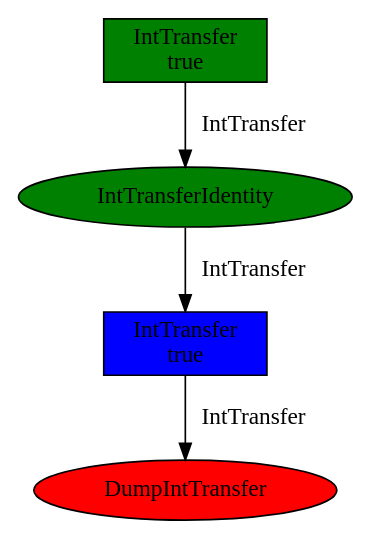
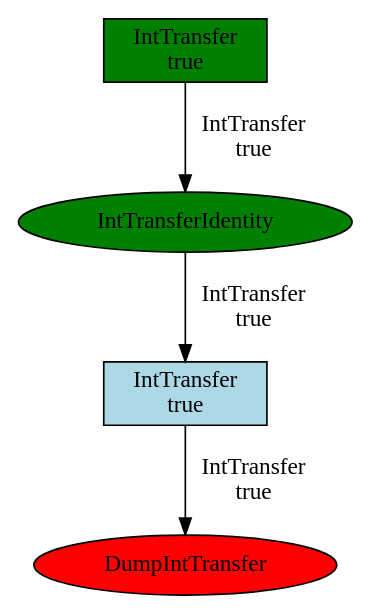
The diagram in dataflow-manager/data-flow-manager/examples/src/main/resources/SimpleFlow.dot (sebastiencaille/sky-lib), drawn with Graphviz before and after one commit. The commit also changed 2 other files, not shown here.

Commit message:
Show activators on dot diagrams

```diff
--- a/dataflow-manager/data-flow-manager/examples/src/main/resources/SimpleFlow.dot
+++ b/dataflow-manager/data-flow-manager/examples/src/main/resources/SimpleFlow.dot
@@ -1,10 +1,10 @@
 // DotFileWriter -c /home/scaille/src/github/sky-lib/dataflow-manager/data-flow-manager/generator/src/test/resources/data/config.json -o /home/scaille/src/github/sky-lib/dataflow-manager/data-flow-manager/examples/src/main/resources -r /home/scaille/src/github/sky-lib/dataflow-manager/data-flow-manager/examples/src/main/reports/simple-flow-report.json -e /home/scaille/src/github/sky-lib/dataflow-manager/data-flow-manager/examples/src/main/reports/simple-flow-expected.json -f /home/scaille/src/github/sky-lib/dataflow-manager/data-flow-manager/generator/src/test/resources/data/simple-flow.json
 digraph "SimpleFlow" {
     "45d3a926-6e9c-48d1-95d9-6ffc071b8f3d" [ label="IntTransfer\ntrue", shape="box" , fillcolor=green, style=filled ];
-    "8a3152fb-4d16-4ff7-92a4-bce11cc30987" [ label="IntTransfer\ntrue", shape="box" , fillcolor=blue, style=filled ];
+    "8a3152fb-4d16-4ff7-92a4-bce11cc30987" [ label="IntTransfer\ntrue", shape="box" , fillcolor=lightblue, style=filled ];
     "252663c7-305a-4867-ba24-855656d1e2f9" [ label="IntTransferIdentity", shape="ellipse" , fillcolor=green, style=filled ];
     "6c072b83-e71f-4307-8a0d-86724e014bd6" [ label="DumpIntTransfer", shape="ellipse" , fillcolor=red, style=filled ];
-    "45d3a926-6e9c-48d1-95d9-6ffc071b8f3d" -> "252663c7-305a-4867-ba24-855656d1e2f9" [ label="IntTransfer" ];
-    "252663c7-305a-4867-ba24-855656d1e2f9" -> "8a3152fb-4d16-4ff7-92a4-bce11cc30987" [ label="IntTransfer" ];
-    "8a3152fb-4d16-4ff7-92a4-bce11cc30987" -> "6c072b83-e71f-4307-8a0d-86724e014bd6" [ label="IntTransfer" ];
+    "45d3a926-6e9c-48d1-95d9-6ffc071b8f3d" -> "252663c7-305a-4867-ba24-855656d1e2f9" [ label="IntTransfer\ntrue" ];
+    "252663c7-305a-4867-ba24-855656d1e2f9" -> "8a3152fb-4d16-4ff7-92a4-bce11cc30987" [ label="IntTransfer\ntrue" ];
+    "8a3152fb-4d16-4ff7-92a4-bce11cc30987" -> "6c072b83-e71f-4307-8a0d-86724e014bd6" [ label="IntTransfer\ntrue" ];
 }
```
